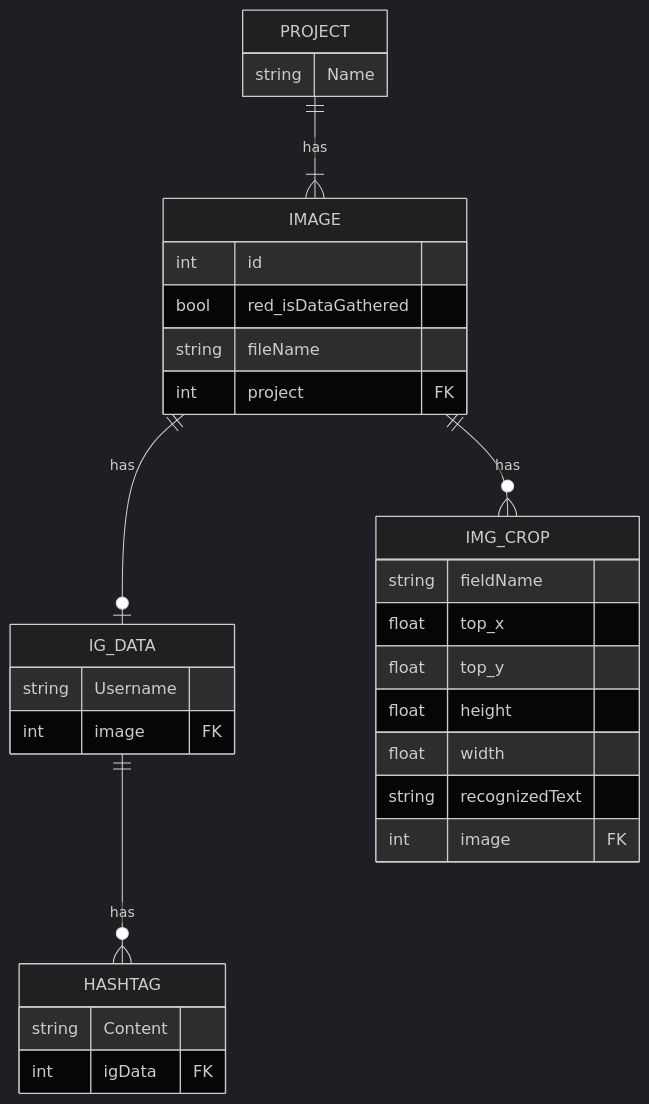
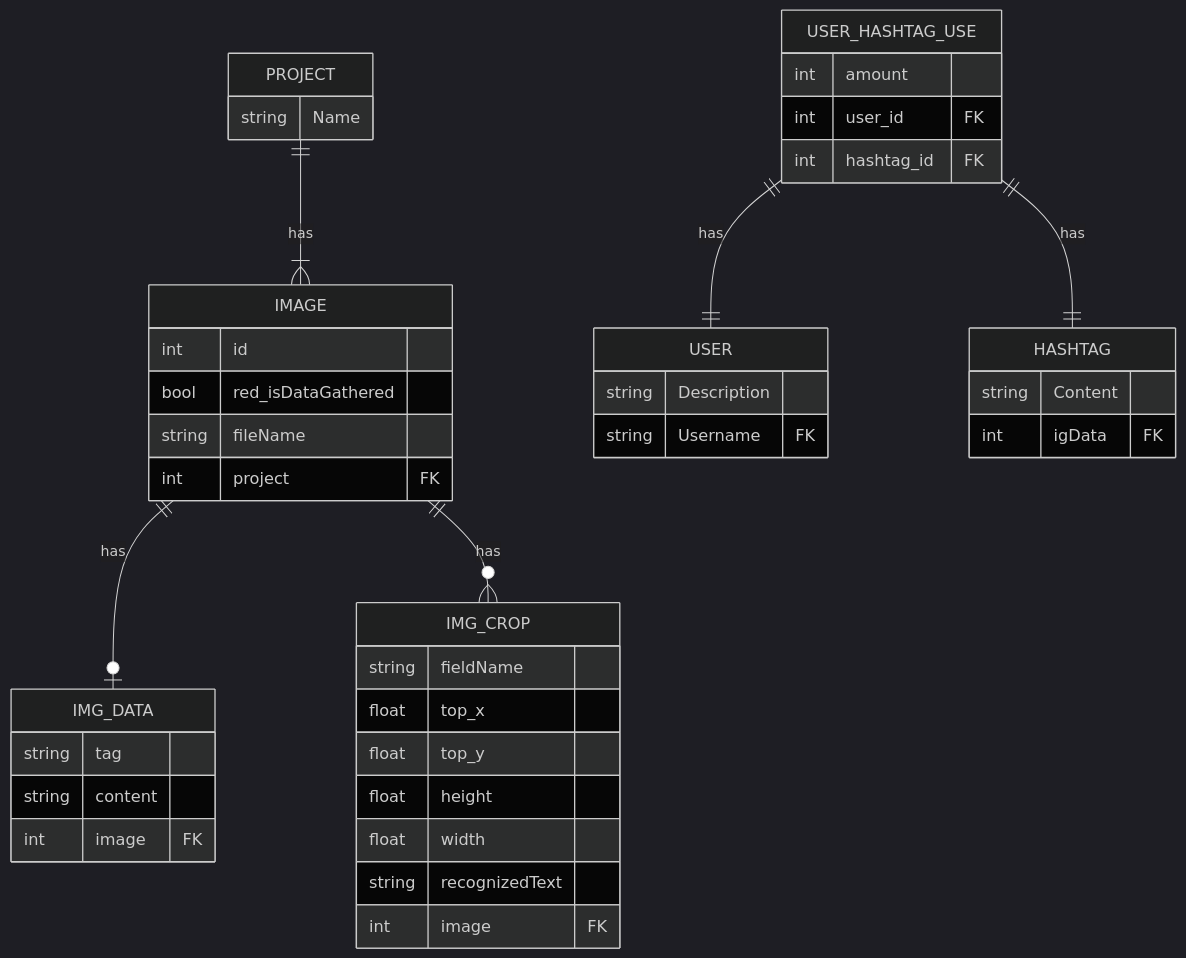
One commit to ilariagolluscio/DataGatherer changed the diagram in docs/er_diagram_mermaid.md. Above: the diagram before and after it, drawn with Mermaid (dark theme). The commit also changed 124 other files, not shown here.

`````diff
--- a/docs/er_diagram_mermaid.md
+++ b/docs/er_diagram_mermaid.md
@@ -3,41 +3,56 @@
 ````mermaid
 
 erDiagram
     PROJECT {
         string Name
     }
 
     IMAGE {
         int id
         bool red_isDataGathered
         string fileName
         int project FK
     }
 
-    IG_DATA {
-        string Username
+    IMG_DATA {
+        string tag
+        string content
         int image FK
+    }
+
+    USER {
+        string Description
+        string Username FK
+    }
+    
+    USER_HASHTAG_USE {
+        int amount 
+        int user_id FK
+        int hashtag_id FK 
     }
 
     HASHTAG {
         string Content
         int igData FK
     }
 
     IMG_CROP {
         string fieldName
         float top_x
         float top_y
         float height
         float width
         string recognizedText
         int image FK
     }
 
 
     PROJECT ||--|{ IMAGE : "has"
-    IMAGE ||--|o IG_DATA : "has"
-    IG_DATA ||--o{ HASHTAG : "has"
+    IMAGE ||--|o IMG_DATA : "has"
     IMAGE ||--o{ IMG_CROP : "has"
+    
+    USER_HASHTAG_USE ||--|| USER : "has"
+    USER_HASHTAG_USE ||--|| HASHTAG : "has"
+    
 
 ````
`````
